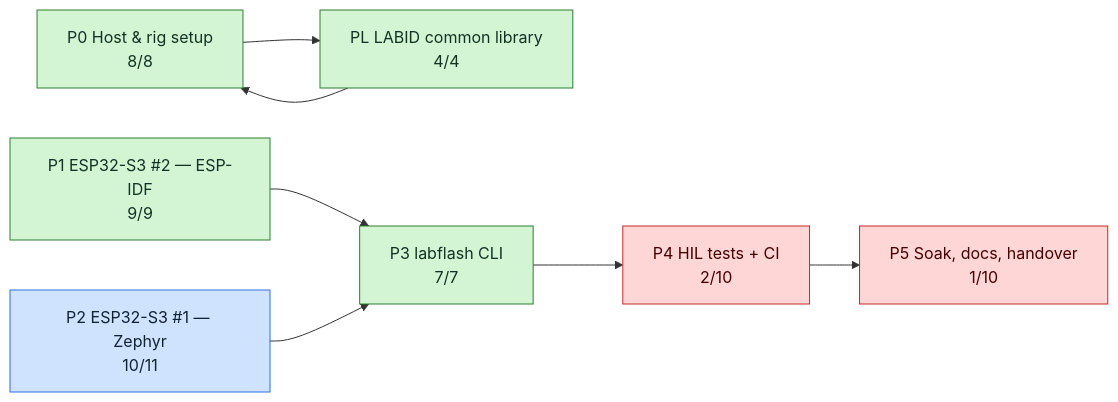
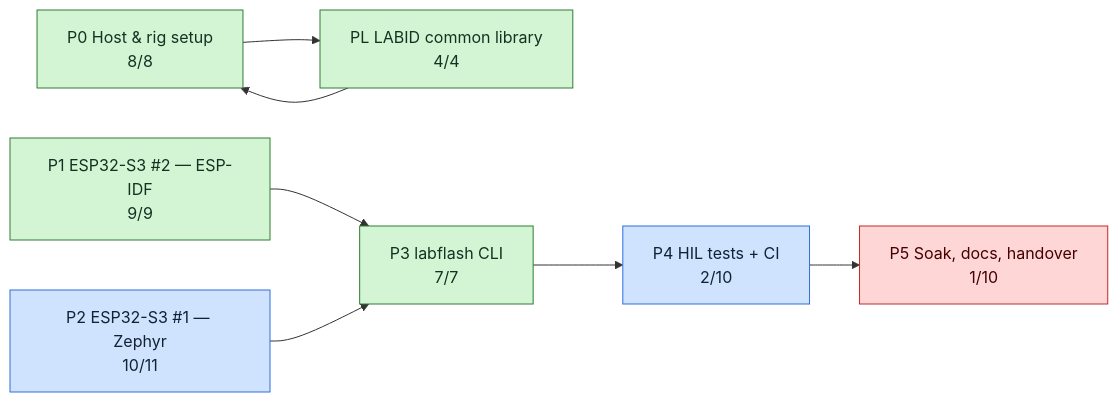
One commit to mohamed-soubhi/bootlab-esp changed the second of 3 diagrams in tickets/TICKETS.md. Above: the diagram before and after it, drawn with Mermaid. The commit also changed other lines of this file and 5 other files, not shown here.

````diff
--- a/tickets/TICKETS.md
+++ b/tickets/TICKETS.md
@@ -36,20 +36,20 @@
 ```mermaid
 flowchart LR
     E0["P0 Host & rig setup<br/>8/8"]:::done
     EL["PL LABID common library<br/>4/4"]:::done
     E1["P1 ESP32-S3 #2 — ESP-IDF<br/>9/9"]:::done
     E2["P2 ESP32-S3 #1 — Zephyr<br/>10/11"]:::doing
     E3["P3 labflash CLI<br/>7/7"]:::done
-    E4["P4 HIL tests + CI<br/>2/10"]:::blocked
+    E4["P4 HIL tests + CI<br/>2/10"]:::doing
     E5["P5 Soak, docs, handover<br/>1/10"]:::blocked
     E0 --> EL
     E1 --> E3
     E2 --> E3
     E3 --> E4
     E4 --> E5
     EL --> E0
     classDef todo fill:#eeeeee,stroke:#999,color:#333
     classDef doing fill:#cfe3ff,stroke:#2f6fdb,color:#123
     classDef blocked fill:#ffd6d6,stroke:#c62828,color:#400
     classDef done fill:#d4f5d4,stroke:#2e7d32,color:#132
 ```
````
